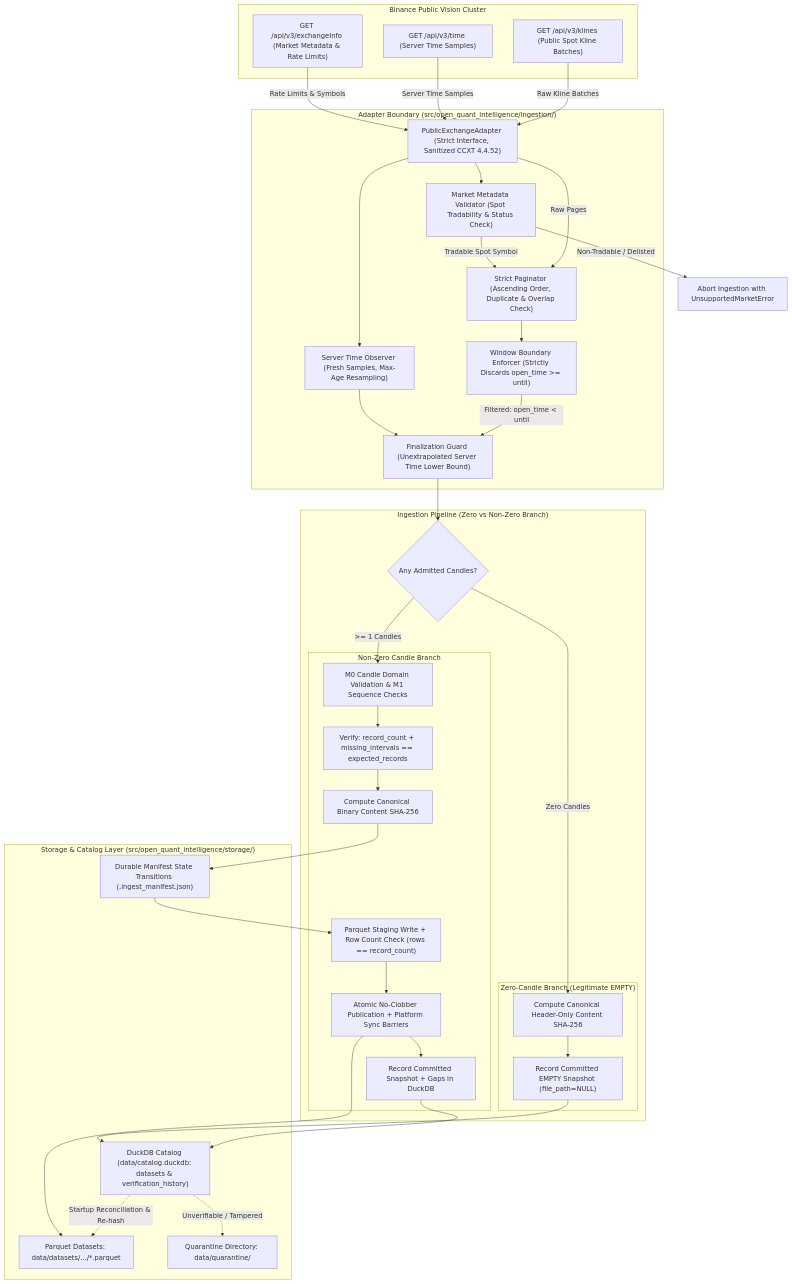
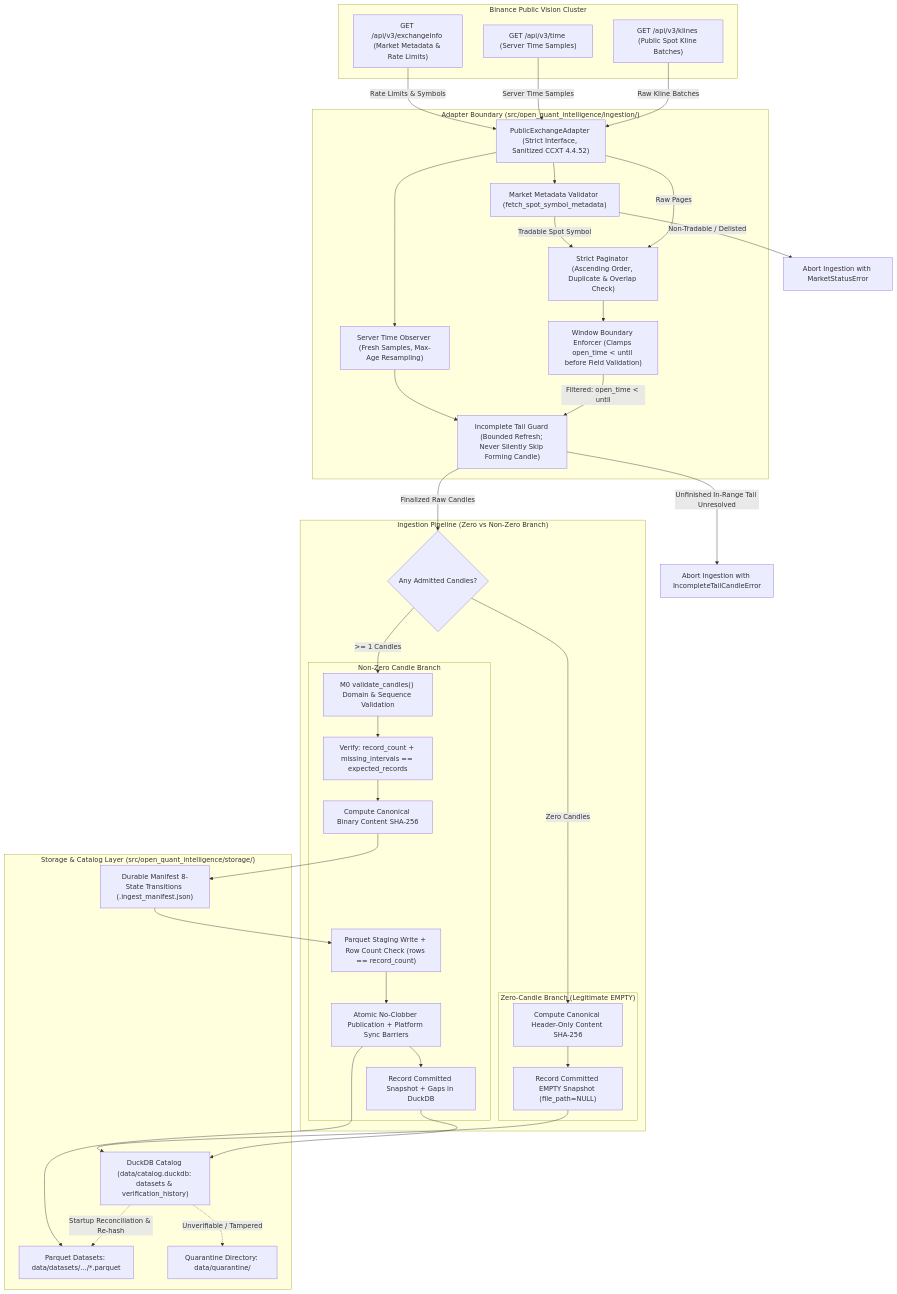
The diagram in docs/M1_ARCHITECTURE_PROPOSAL.md (jayp91131-sudo/open-quant-intelligence), drawn with Mermaid before and after one commit. The commit also changed other lines of this file, not shown here.

Commit message:
docs(m1): resolve technical lead final review items in architecture proposal

````diff
--- a/docs/M1_ARCHITECTURE_PROPOSAL.md
+++ b/docs/M1_ARCHITECTURE_PROPOSAL.md
@@ -124,71 +124,72 @@
 ```mermaid
 flowchart TD
     subgraph Binance_Vision["Binance Public Vision Cluster"]
         ExchangeInfo["GET /api/v3/exchangeInfo (Market Metadata & Rate Limits)"]
         TimeAPI["GET /api/v3/time (Server Time Samples)"]
         API["GET /api/v3/klines (Public Spot Kline Batches)"]
     end
 
     subgraph Ingestion_Adapter["Adapter Boundary (src/open_quant_intelligence/ingestion/)"]
         Adapter["PublicExchangeAdapter (Strict Interface, Sanitized CCXT 4.4.52)"]
-        PreFlight["Market Metadata Validator (Spot Tradability & Status Check)"]
+        PreFlight["Market Metadata Validator (fetch_spot_symbol_metadata)"]
         ClockSync["Server Time Observer (Fresh Samples, Max-Age Resampling)"]
         Paginator["Strict Paginator (Ascending Order, Duplicate & Overlap Check)"]
-        BoundaryFilter["Window Boundary Enforcer (Strictly Discards open_time >= until)"]
-        Finalizer["Finalization Guard (Unextrapolated Server Time Lower Bound)"]
+        BoundaryFilter["Window Boundary Enforcer (Clamps open_time < until before Field Validation)"]
+        TailGuard["Incomplete Tail Guard (Bounded Refresh; Never Silently Skip Forming Candle)"]
     end
 
     subgraph Pipeline_Branching["Ingestion Pipeline (Zero vs Non-Zero Branch)"]
         Decision{"Any Admitted Candles?"}
         
         subgraph Zero_Branch["Zero-Candle Branch (Legitimate EMPTY)"]
             EmptyDigest["Compute Canonical Header-Only Content SHA-256"]
             EmptyCatalog["Record Committed EMPTY Snapshot (file_path=NULL)"]
         end
         
         subgraph Non_Zero_Branch["Non-Zero Candle Branch"]
-            M0Validator["M0 Candle Domain Validation & M1 Sequence Checks"]
+            M0Validator["M0 validate_candles() Domain & Sequence Validation"]
             QualityCheck["Verify: record_count + missing_intervals == expected_records"]
             DataDigest["Compute Canonical Binary Content SHA-256"]
             Staging["Parquet Staging Write + Row Count Check (rows == record_count)"]
             Publication["Atomic No-Clobber Publication + Platform Sync Barriers"]
             DataCatalog["Record Committed Snapshot + Gaps in DuckDB"]
         end
     end
 
     subgraph Storage_Catalog["Storage & Catalog Layer (src/open_quant_intelligence/storage/)"]
-        ManifestManager["Durable Manifest State Transitions (.ingest_manifest.json)"]
+        ManifestManager["Durable Manifest 8-State Transitions (.ingest_manifest.json)"]
         DataFiles["Parquet Datasets: data/datasets/.../*.parquet"]
         DuckDBCatalog["DuckDB Catalog (data/catalog.duckdb: datasets & verification_history)"]
         Quarantine["Quarantine Directory: data/quarantine/"]
     end
 
     ExchangeInfo -->|Rate Limits & Symbols| Adapter
     Adapter --> PreFlight
-    PreFlight -->|Non-Tradable / Delisted| HaltPre["Abort Ingestion with UnsupportedMarketError"]
+    PreFlight -->|Non-Tradable / Delisted| HaltPre["Abort Ingestion with MarketStatusError"]
     PreFlight -->|Tradable Spot Symbol| Paginator
     TimeAPI -->|Server Time Samples| Adapter
     Adapter --> ClockSync
-    ClockSync --> Finalizer
+    ClockSync --> TailGuard
     API -->|Raw Kline Batches| Adapter
     Adapter -->|Raw Pages| Paginator
     Paginator --> BoundaryFilter
-    BoundaryFilter -->|Filtered: open_time < until| Finalizer
-    Finalizer --> Decision
+    BoundaryFilter -->|Filtered: open_time < until| TailGuard
+    TailGuard -->|Unfinished In-Range Tail Unresolved| AbortTail["Abort Ingestion with IncompleteTailCandleError"]
+    TailGuard -->|Finalized Raw Candles| Decision
     
     Decision -->|Zero Candles| EmptyDigest
     EmptyDigest --> EmptyCatalog
     EmptyCatalog --> DuckDBCatalog
     
     Decision -->|>= 1 Candles| M0Validator
     M0Validator --> QualityCheck
     QualityCheck --> DataDigest
     DataDigest --> ManifestManager
     ManifestManager --> Staging
     Staging --> Publication
     Publication --> DataFiles
     Publication --> DataCatalog
     DataCatalog --> DuckDBCatalog
     DuckDBCatalog -.->|Startup Reconciliation & Re-hash| DataFiles
     DuckDBCatalog -.->|Unverifiable / Tampered| Quarantine
 ```
````
